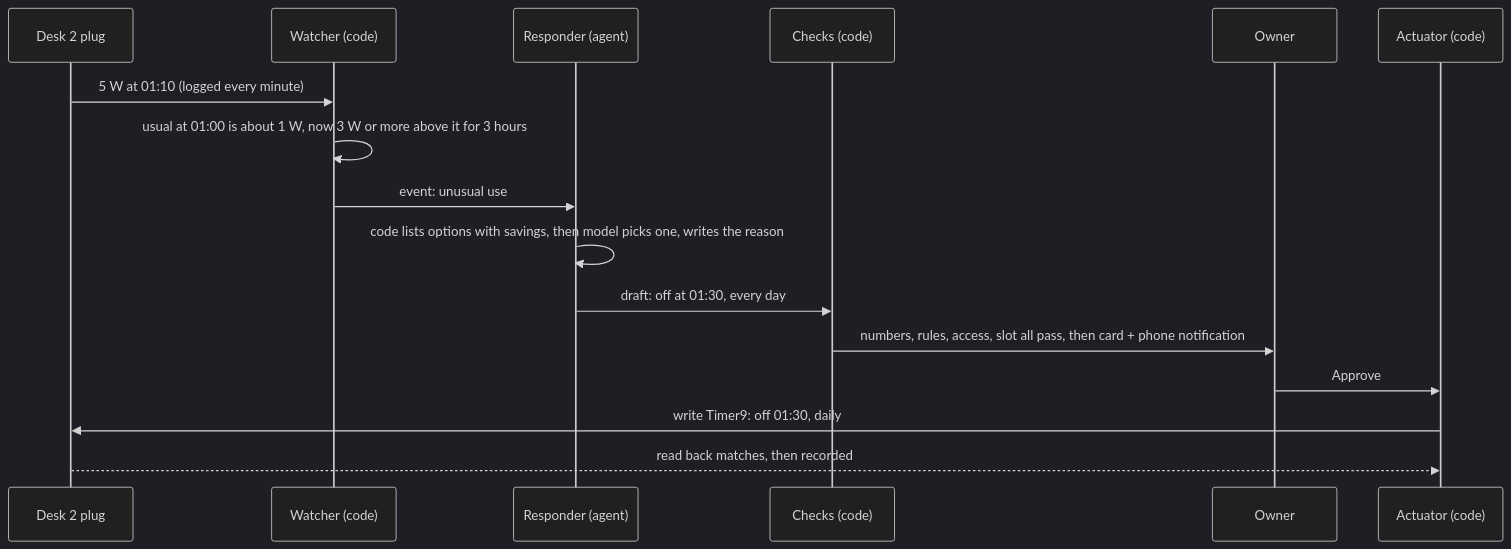
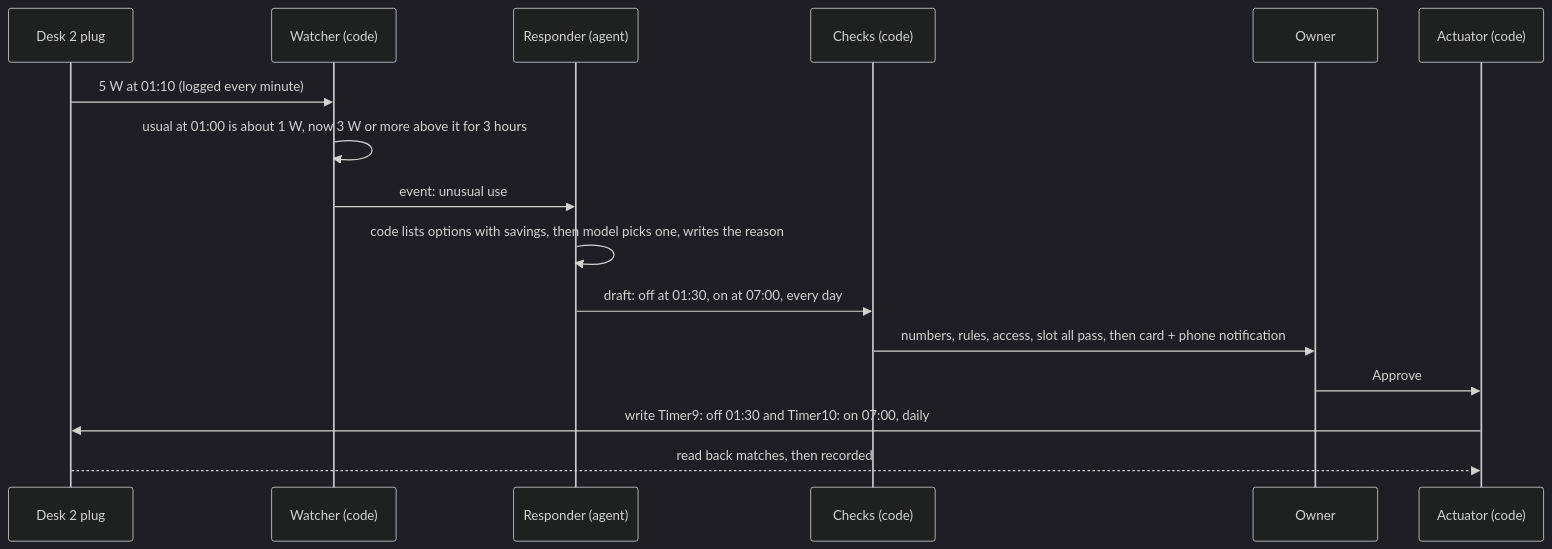
The second of 4 diagrams in docs/design.md (PaSathees/agentc-edge), drawn with Mermaid (dark theme) before and after one commit. The commit also changed other lines of this file and 3 other files, not shown here.

````diff
--- a/docs/design.md
+++ b/docs/design.md
@@ -35,18 +35,18 @@
 ```mermaid
 sequenceDiagram
   participant P as Desk 2 plug
   participant W as Watcher (code)
   participant R as Responder (agent)
   participant C as Checks (code)
   participant O as Owner
   participant A as Actuator (code)
   P->>W: 5 W at 01:10 (logged every minute)
   W->>W: usual at 01:00 is about 1 W, now 3 W or more above it for 3 hours
   W->>R: event: unusual use
   R->>R: code lists options with savings, then model picks one, writes the reason
-  R->>C: draft: off at 01:30, every day
+  R->>C: draft: off at 01:30, on at 07:00, every day
   C->>O: numbers, rules, access, slot all pass, then card + phone notification
   O->>A: Approve
-  A->>P: write Timer9: off 01:30, daily
+  A->>P: write Timer9: off 01:30 and Timer10: on 07:00, daily
   P-->>A: read back matches, then recorded
 ```
````
